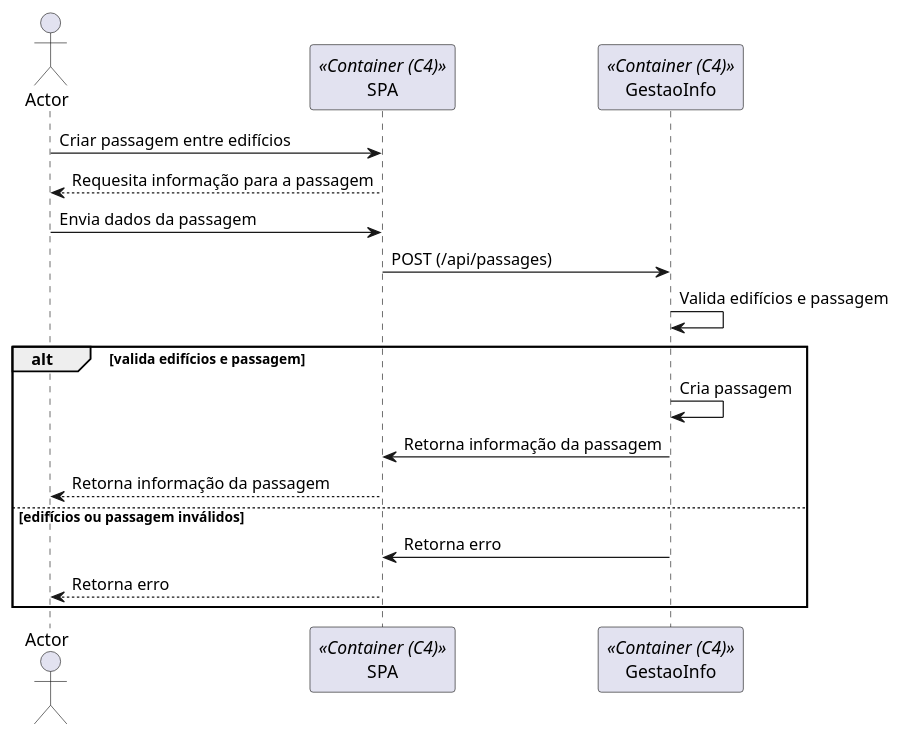
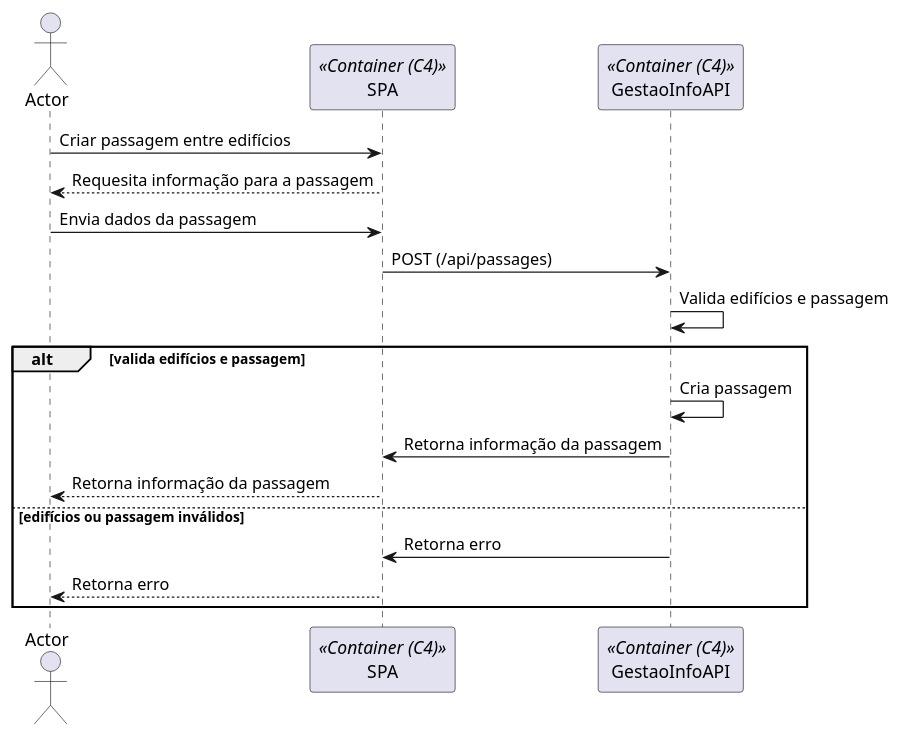
One commit to ruben1132/PI5_23-24 changed the diagram in docs/Nivel2/N2_US240.puml. Above: the diagram before and after it, drawn with PlantUML. The commit also changed 13 other files, not shown here.

Commit message:
#1 #2 #3 #5 #9 #20 diagramas nivel 2

```diff
--- a/docs/Nivel2/N2_US240.puml
+++ b/docs/Nivel2/N2_US240.puml
@@ -1,25 +1,25 @@
 @startuml
 
 actor Actor as Actor
 participant "SPA" as Container <<Container (C4)>>
-participant "GestaoInfo" as Armazem <<Container (C4)>>
+participant "GestaoInfoAPI" as API <<Container (C4)>>
 
 Actor -> Container: Criar passagem entre edifícios
 Container --> Actor: Requesita informação para a passagem
 
 Actor -> Container: Envia dados da passagem
-Container -> Armazem: POST (/api/passages)
+Container -> API: POST (/api/passages)
 
-Armazem -> Armazem: Valida edifícios e passagem
+API -> API: Valida edifícios e passagem
 
 alt valida edifícios e passagem
 
-    Armazem -> Armazem: Cria passagem
-    Armazem -> Container: Retorna informação da passagem
+    API -> API: Cria passagem
+    API -> Container: Retorna informação da passagem
     Container --> Actor: Retorna informação da passagem
 else edifícios ou passagem inválidos
-    Armazem -> Container: Retorna erro
+    API -> Container: Retorna erro
     Container --> Actor: Retorna erro
 end
 
 @enduml
```
